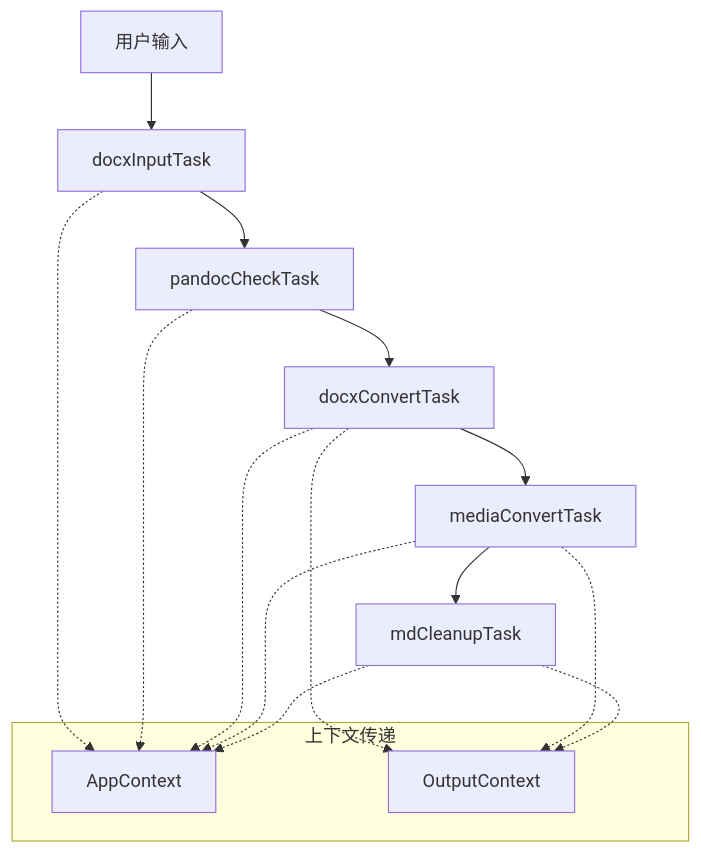
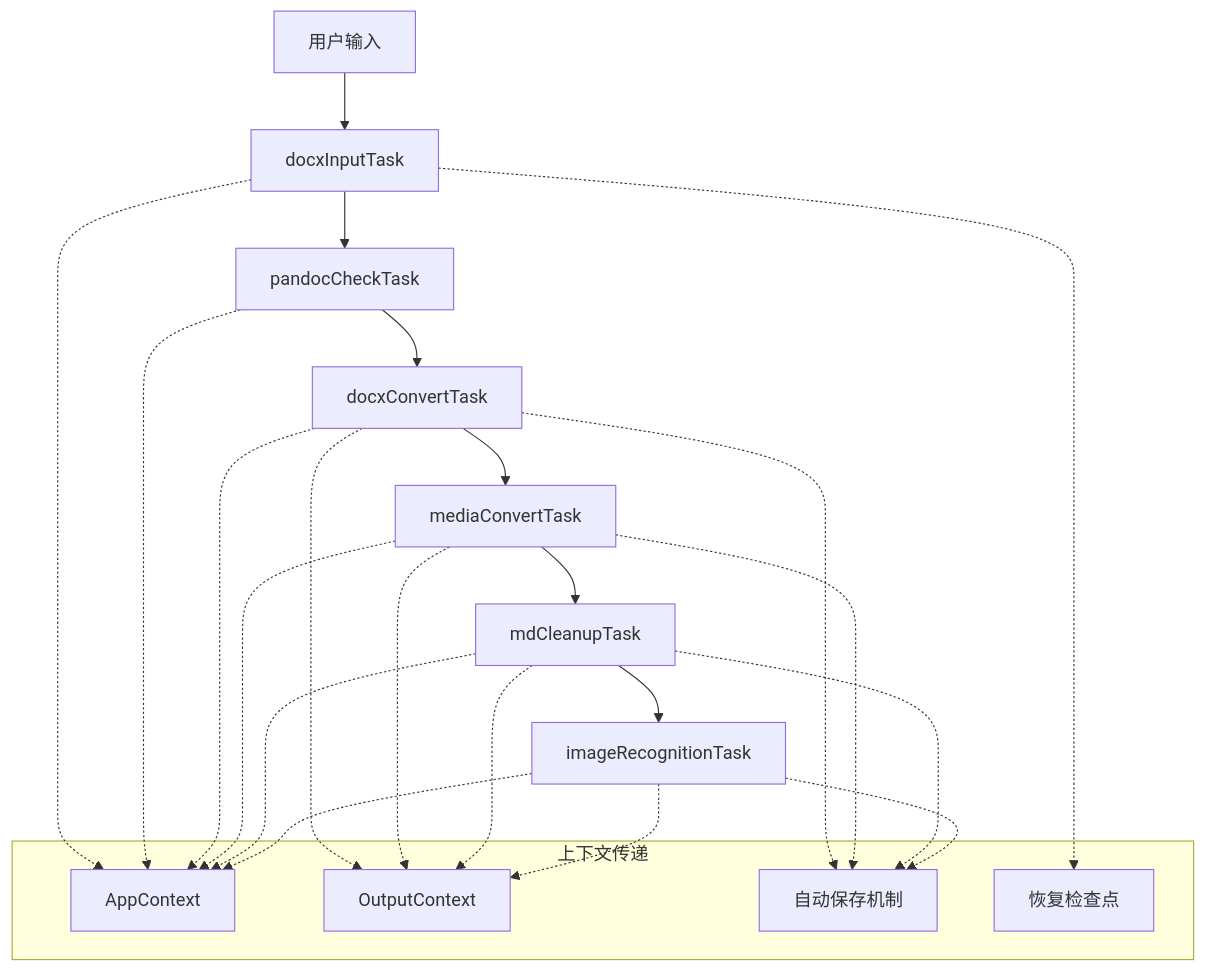
One commit to hllshiro/doc2md-cli changed the fourth of 11 diagrams in .qoder/repowiki/zh/content/核心架构设计/上下文管理系统.md. Above: the diagram before and after it, drawn with Mermaid. The commit also changed other lines of this file and 3 other files, not shown here.

````diff
--- a/.qoder/repowiki/zh/content/核心架构设计/上下文管理系统.md
+++ b/.qoder/repowiki/zh/content/核心架构设计/上下文管理系统.md
@@ -144,20 +164,30 @@
 ```mermaid
 graph TD
 A[用户输入] --> B[docxInputTask]
 B --> C[pandocCheckTask]
 C --> D[docxConvertTask]
 D --> E[mediaConvertTask]
 E --> F[mdCleanupTask]
+F --> G[imageRecognitionTask]
 subgraph "上下文传递"
-G[AppContext]
-H[OutputContext]
+H[AppContext]
+I[OutputContext]
+J[自动保存机制]
+K[恢复检查点]
 end
-B -.-> G
-C -.-> G
-D -.-> G
-E -.-> G
-F -.-> G
+B -.-> H
+C -.-> H
 D -.-> H
 E -.-> H
 F -.-> H
+G -.-> H
+D -.-> I
+E -.-> I
+F -.-> I
+G -.-> I
+D -.-> J
+E -.-> J
+F -.-> J
+G -.-> J
+B -.-> K
 ```
````
